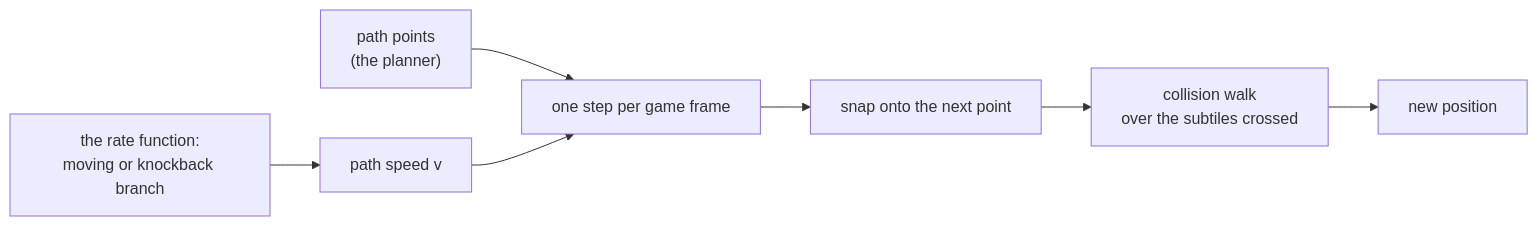
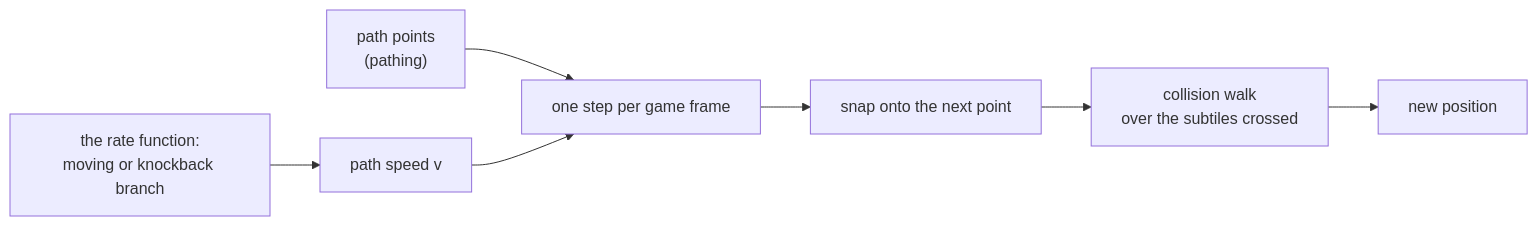
One commit to IgorKonovalov/diablo-2-recompilation changed the third of 3 diagrams in docs/wiki/animation.md. Above: the diagram before and after it, drawn with Mermaid. The commit also changed other lines of this file and 6 other files, not shown here.

Commit message:
docs(wiki): pathing, over path/overview, path/search and drlg/collision F5; each statement by its own ground; animation's W4 cleared, skills' planner statements replaced; index row and links; plan 0054 log

````diff
--- a/docs/wiki/animation.md
+++ b/docs/wiki/animation.md
@@ -272,9 +272,9 @@
 ```mermaid
 flowchart LR
   rate["the rate function:<br/>moving or knockback branch"] --> sp["path speed v"]
-  plan["path points<br/>(the planner)"] --> step
+  plan["path points<br/>(pathing)"] --> step
   sp --> step["one step per game frame"]
   step --> snap["snap onto the next point"]
   snap --> coll["collision walk<br/>over the subtiles crossed"]
   coll --> pos["new position"]
 ```
````
